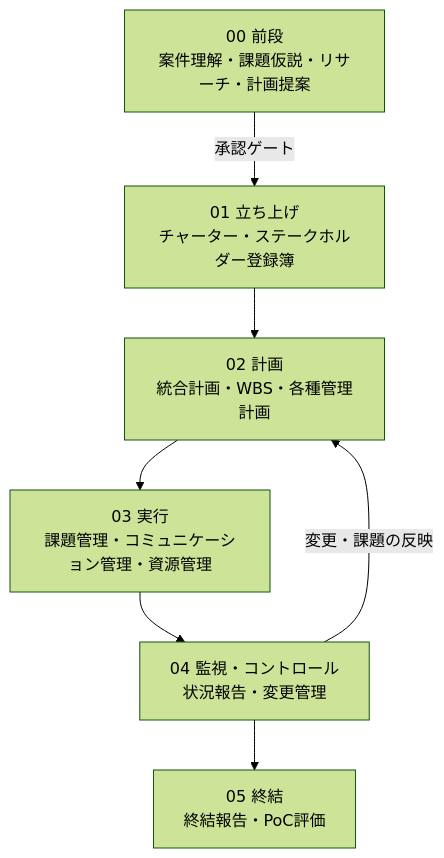
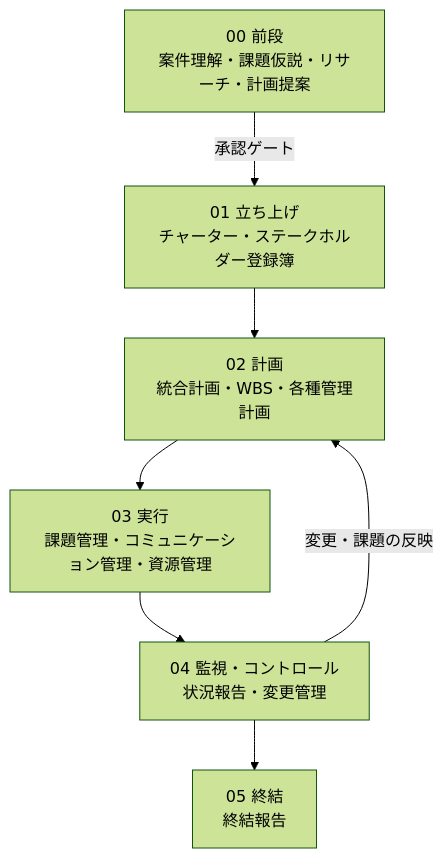
One commit to yutatsukamoto-ai/ai-project-leader changed the diagram in README.md. Above: the diagram before and after it, drawn with Mermaid (forest theme). The commit also changed other lines of this file and 1 other file, not shown here.

Commit message:
READMEの終結フェーズ説明を調整

````diff
--- a/README.md
+++ b/README.md
@@ -103,9 +103,9 @@
 ```mermaid
 flowchart TD
     A["00 前段<br/>案件理解・課題仮説・リサーチ・計画提案"] -->|承認ゲート| B["01 立ち上げ<br/>チャーター・ステークホルダー登録簿"]
     B --> C["02 計画<br/>統合計画・WBS・各種管理計画"]
     C --> D["03 実行<br/>課題管理・コミュニケーション管理・資源管理"]
     D --> E["04 監視・コントロール<br/>状況報告・変更管理"]
-    E --> F["05 終結<br/>終結報告・PoC評価"]
+    E --> F["05 終結<br/>終結報告"]
     E -->|変更・課題の反映| C
 ```
````
